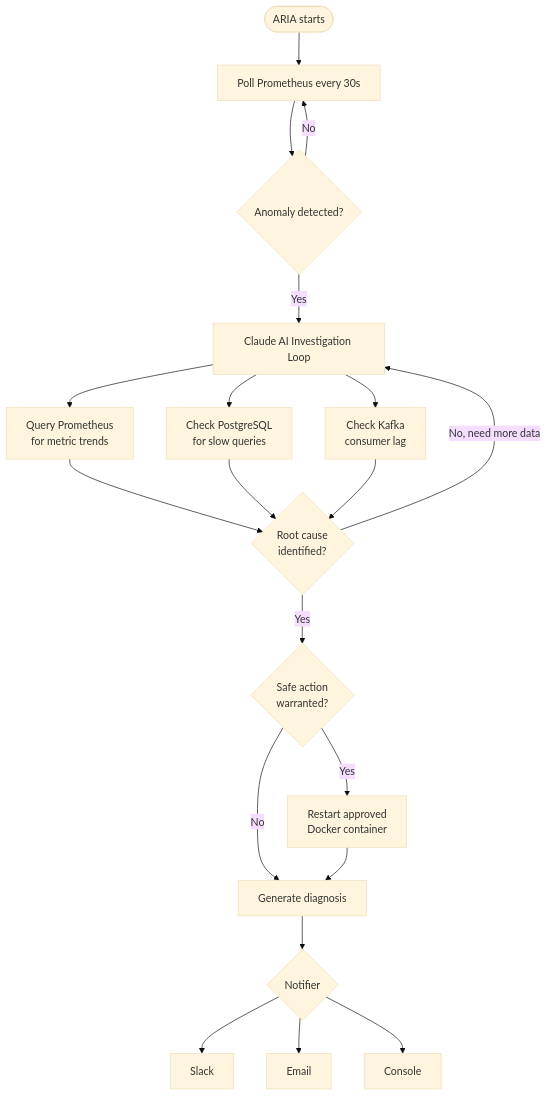
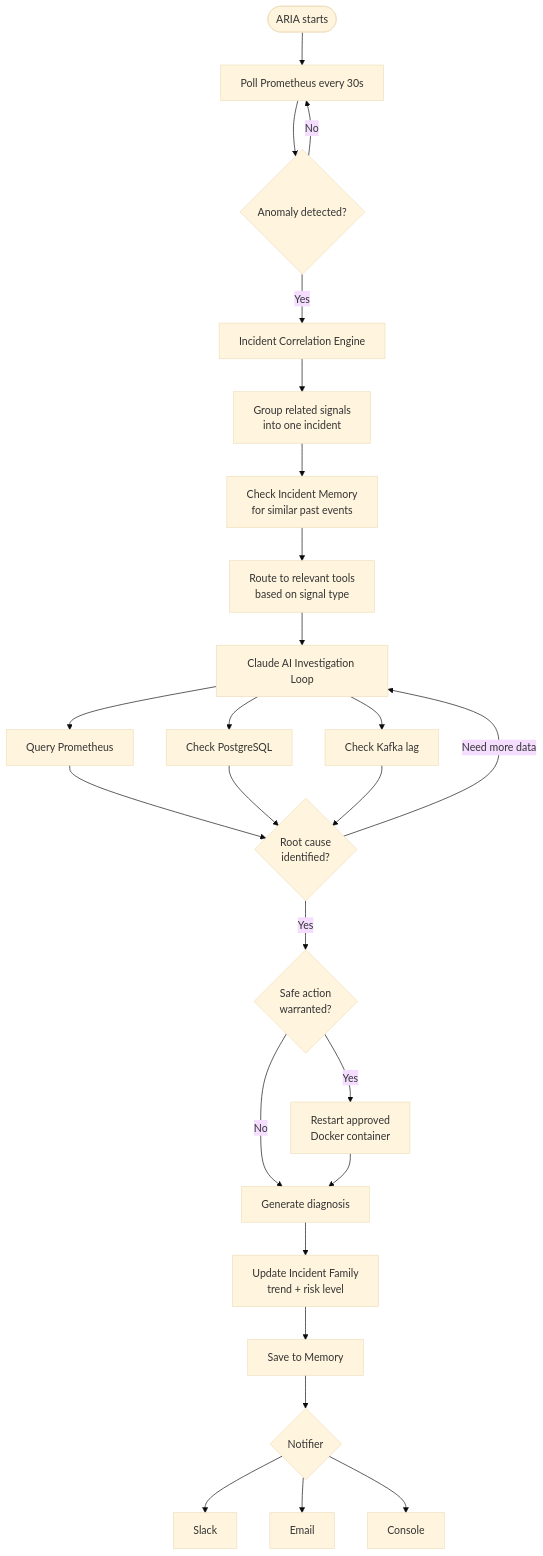
The first of 2 diagrams in README.md (dollykaur/aria), drawn with Mermaid (base theme) before and after one commit. The commit also changed other lines of this file, not shown here.

````diff
--- a/README.md
+++ b/README.md
@@ -27,27 +28,34 @@
 ```mermaid
 graph TD
     A([ARIA starts]) --> B[Poll Prometheus every 30s]
     B --> C{Anomaly detected?}
     C -- No --> B
-    C -- Yes --> D[Claude AI Investigation Loop]
+    C -- Yes --> D[Incident Correlation Engine]
 
-    D --> E[Query Prometheus\nfor metric trends]
-    D --> F[Check PostgreSQL\nfor slow queries]
-    D --> G[Check Kafka\nconsumer lag]
+    D --> E[Group related signals\ninto one incident]
+    E --> F[Check Incident Memory\nfor similar past events]
+    F --> G[Route to relevant tools\nbased on signal type]
+    G --> H[Claude AI Investigation Loop]
 
-    E --> H{Root cause\nidentified?}
-    F --> H
-    G --> H
+    H --> I[Query Prometheus]
+    H --> J[Check PostgreSQL]
+    H --> K[Check Kafka lag]
 
-    H -- No, need more data --> D
-    H -- Yes --> I{Safe action\nwarranted?}
+    I --> L{Root cause\nidentified?}
+    J --> L
+    K --> L
 
-    I -- No --> J[Generate diagnosis]
-    I -- Yes --> K[Restart approved\nDocker container]
-    K --> J
+    L -- Need more data --> H
+    L -- Yes --> M{Safe action\nwarranted?}
 
-    J --> L{Notifier}
-    L --> M[Slack]
-    L --> N[Email]
-    L --> O[Console]
+    M -- No --> N[Generate diagnosis]
+    M -- Yes --> O[Restart approved\nDocker container]
+    O --> N
+
+    N --> P[Update Incident Family\ntrend + risk level]
+    P --> Q[Save to Memory]
+    Q --> R{Notifier}
+    R --> S[Slack]
+    R --> T[Email]
+    R --> U[Console]
 ```
````
